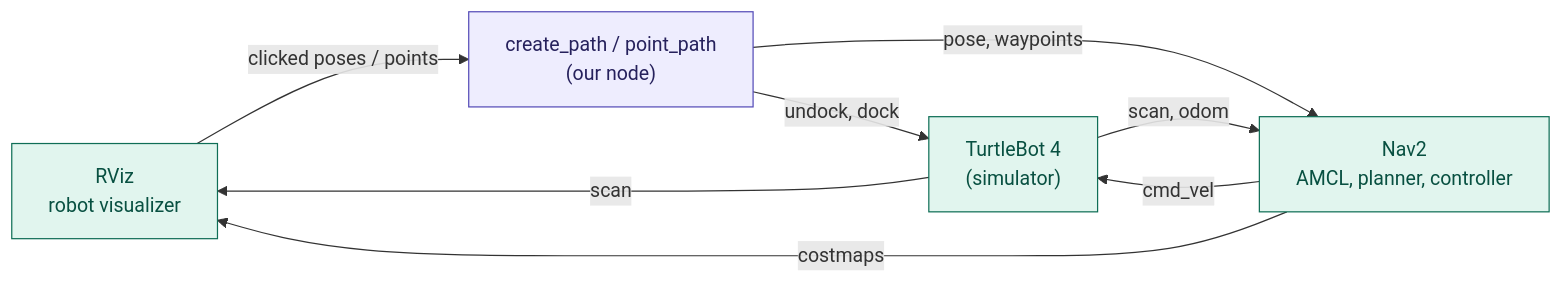
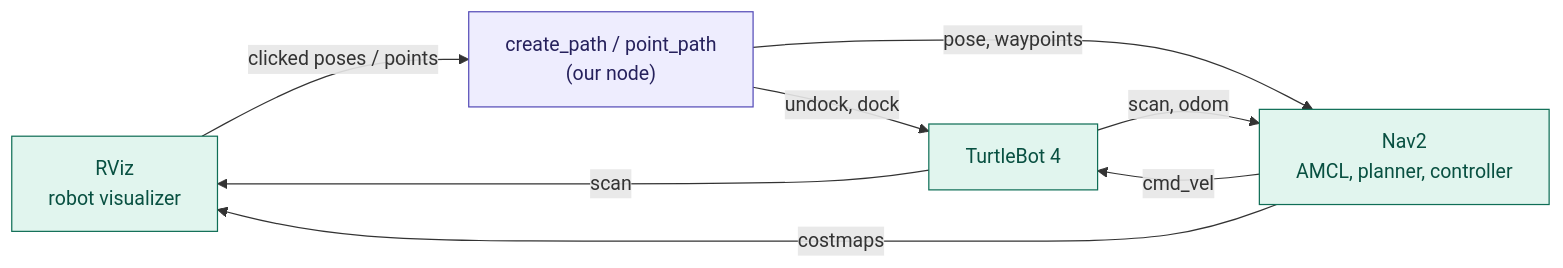
The diagram in robotics_ws/src/day8pkg/README.md (Happy1HappyHappy/Robotics), drawn with Mermaid before and after one commit. The commit also changed other lines of this file and 2 other files, not shown here.

First line of the commit message:
Make the real robot the day8pkg demo, with the simulator optional

````diff
--- a/robotics_ws/src/day8pkg/README.md
+++ b/robotics_ws/src/day8pkg/README.md
@@ -37,14 +40,14 @@
 ```mermaid
 flowchart LR
     rviz["RViz<br>robot visualizer"] -->|"clicked poses / points"| app["create_path / point_path<br>(our node)"]
-    app -->|"undock, dock"| bot["TurtleBot 4<br>(simulator)"]
+    app -->|"undock, dock"| bot["TurtleBot 4"]
     app -->|"pose, waypoints"| nav["Nav2<br>AMCL, planner, controller"]
     bot -->|"scan, odom"| nav
     nav -->|cmd_vel| bot
     nav -->|costmaps| rviz
     bot -->|scan| rviz
     classDef ours fill:#EEEDFE,stroke:#534AB7,color:#26215C
     classDef given fill:#E1F5EE,stroke:#0F6E56,color:#085041
     class app ours
     class rviz,bot,nav given
 ```
````
